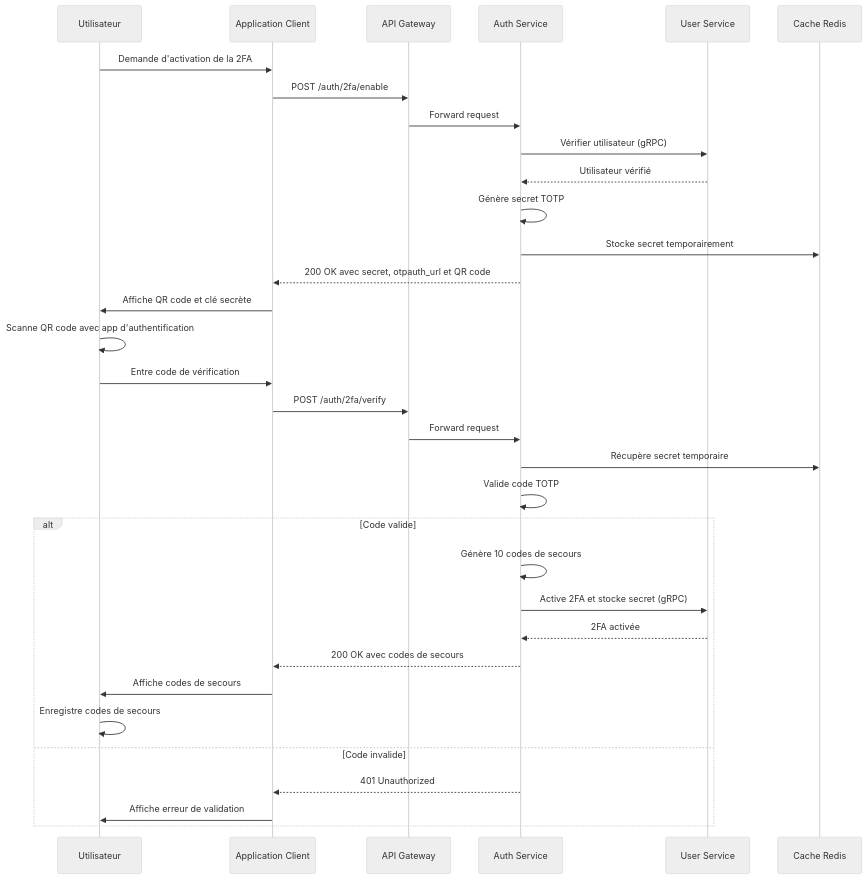
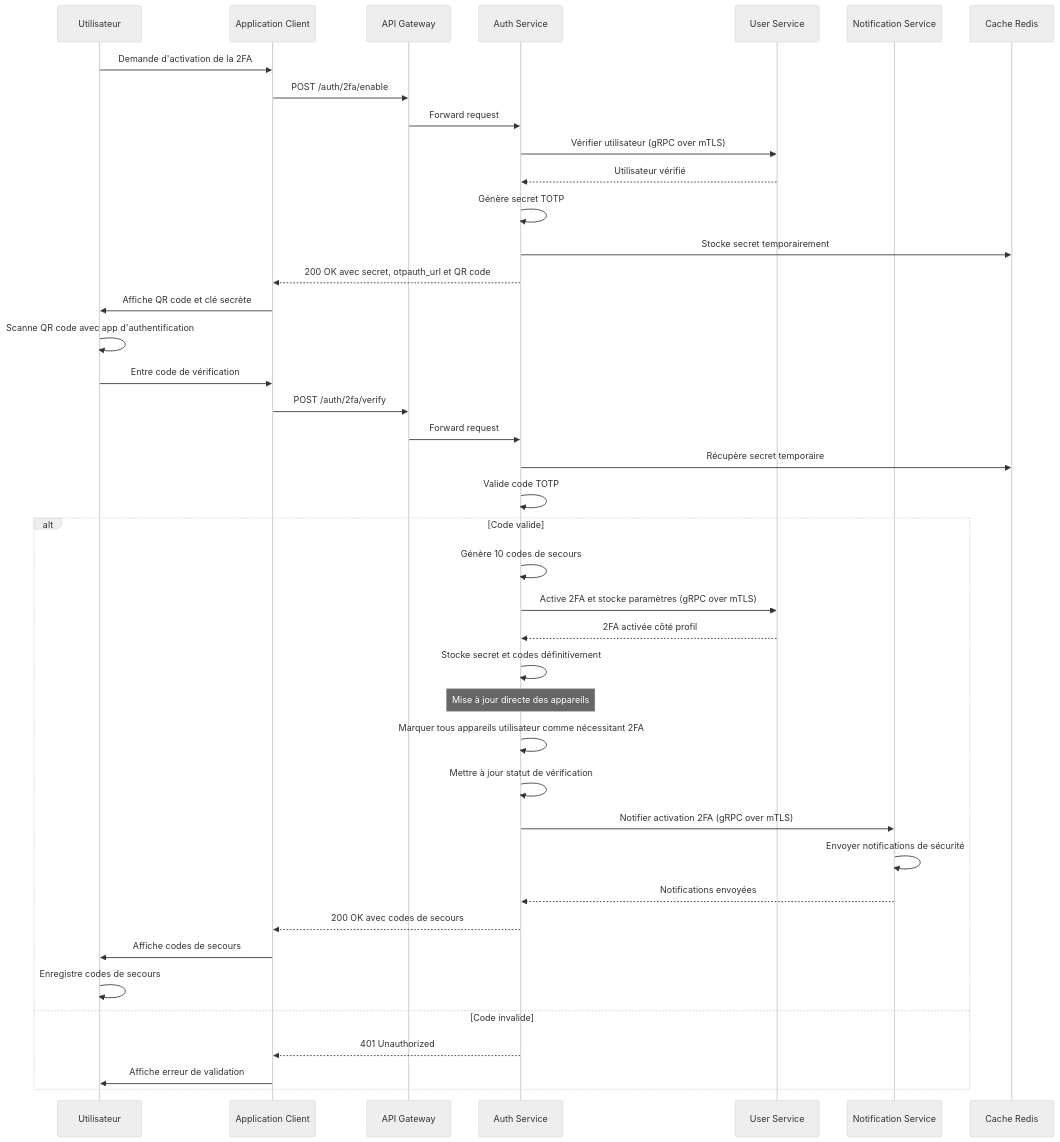
The second of 7 diagrams in documentation/2_fonctional_specs/2_two_factor_auth.md (whispr-messenger/auth-service), drawn with Mermaid (neutral theme) before and after one commit. The commit also changed other lines of this file and 4 other files, not shown here.

Commit message:
📝 Update devices data managed by auth service

````diff
--- a/documentation/2_fonctional_specs/2_two_factor_auth.md
+++ b/documentation/2_fonctional_specs/2_two_factor_auth.md
@@ -25,40 +107,51 @@
 ```mermaid
 sequenceDiagram
     participant User as Utilisateur
     participant Client as Application Client
     participant APIGateway as API Gateway
     participant AuthService as Auth Service
     participant UserService as User Service
+    participant NotificationService as Notification Service
     participant Redis as Cache Redis
     
     User->>Client: Demande d'activation de la 2FA
     Client->>APIGateway: POST /auth/2fa/enable
     APIGateway->>AuthService: Forward request
-    AuthService->>UserService: Vérifier utilisateur (gRPC)
+    AuthService->>UserService: Vérifier utilisateur (gRPC over mTLS)
     UserService-->>AuthService: Utilisateur vérifié
     
     AuthService->>AuthService: Génère secret TOTP
     AuthService->>Redis: Stocke secret temporairement
     AuthService-->>Client: 200 OK avec secret, otpauth_url et QR code
     
     Client->>User: Affiche QR code et clé secrète
     User->>User: Scanne QR code avec app d'authentification
     User->>Client: Entre code de vérification
     
     Client->>APIGateway: POST /auth/2fa/verify
     APIGateway->>AuthService: Forward request
     AuthService->>Redis: Récupère secret temporaire
     AuthService->>AuthService: Valide code TOTP
     
     alt Code valide
         AuthService->>AuthService: Génère 10 codes de secours
-        AuthService->>UserService: Active 2FA et stocke secret (gRPC)
-        UserService-->>AuthService: 2FA activée
+        AuthService->>UserService: Active 2FA et stocke paramètres (gRPC over mTLS)
+        UserService-->>AuthService: 2FA activée côté profil
+        AuthService->>AuthService: Stocke secret et codes définitivement
+        
+        Note over AuthService: Mise à jour directe des appareils
+        AuthService->>AuthService: Marquer tous appareils utilisateur comme nécessitant 2FA
+        AuthService->>AuthService: Mettre à jour statut de vérification
+        
+        AuthService->>NotificationService: Notifier activation 2FA (gRPC over mTLS)
+        NotificationService->>NotificationService: Envoyer notifications de sécurité
+        NotificationService-->>AuthService: Notifications envoyées
+        
         AuthService-->>Client: 200 OK avec codes de secours
         Client->>User: Affiche codes de secours
         User->>User: Enregistre codes de secours
     else Code invalide
         AuthService-->>Client: 401 Unauthorized
         Client->>User: Affiche erreur de validation
     end
 ```
````
